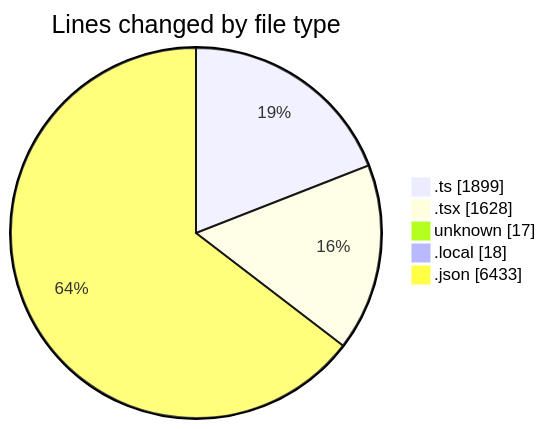
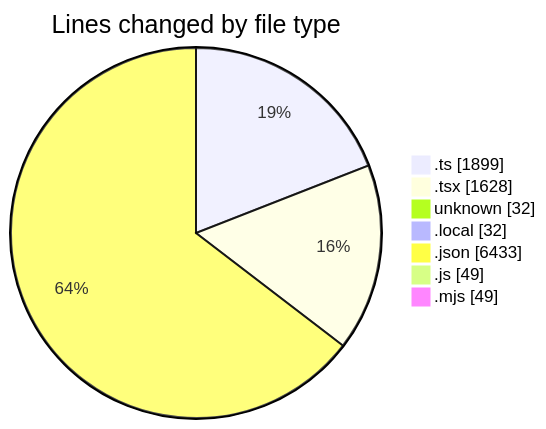
One commit to CELIANVF/code-tracking changed the first of 2 diagrams in 2025-05-16/ecodeli-1/README.md. Above: the diagram before and after it, drawn with Mermaid. The commit also changed other lines of this file and 1 other file, not shown here.

````diff
--- a/2025-05-16/ecodeli-1/README.md
+++ b/2025-05-16/ecodeli-1/README.md
@@ -40,9 +42,11 @@
 ```mermaid
 pie showData
 title Lines changed by file type
 ".ts" : 1899
 ".tsx" : 1628
-"unknown" : 17
-".local" : 18
+"unknown" : 32
+".local" : 32
 ".json" : 6433
+".js" : 49
+".mjs" : 49
 ```
````
